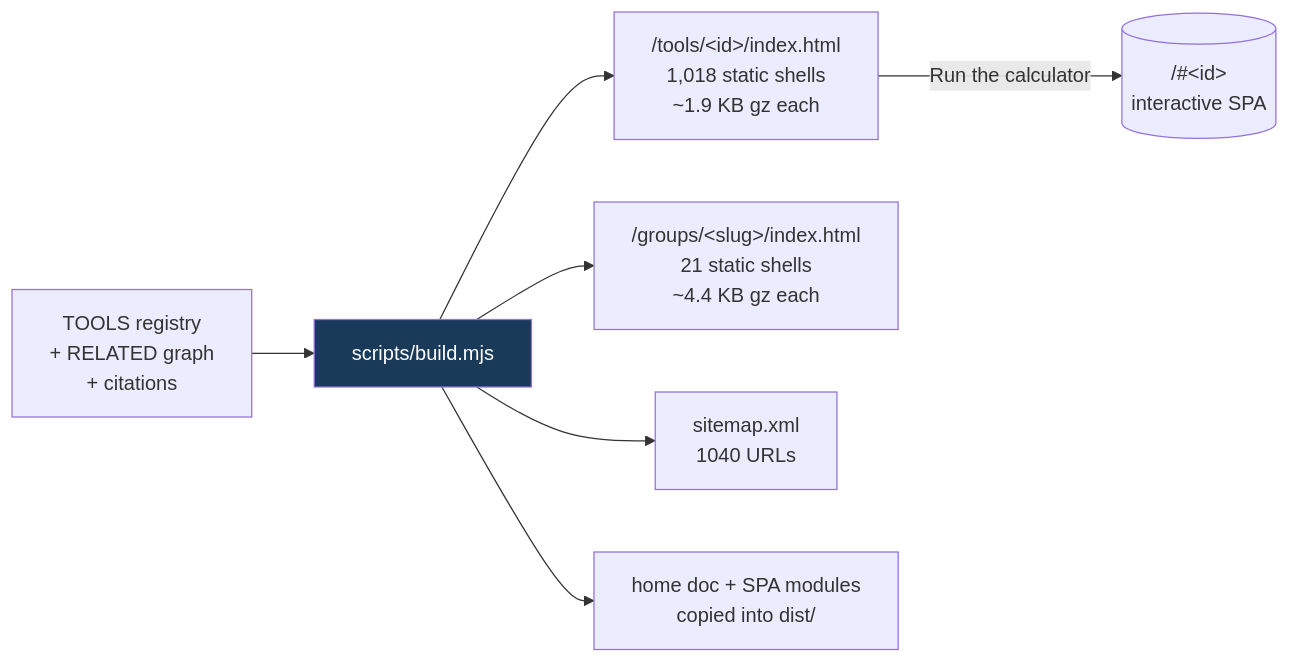
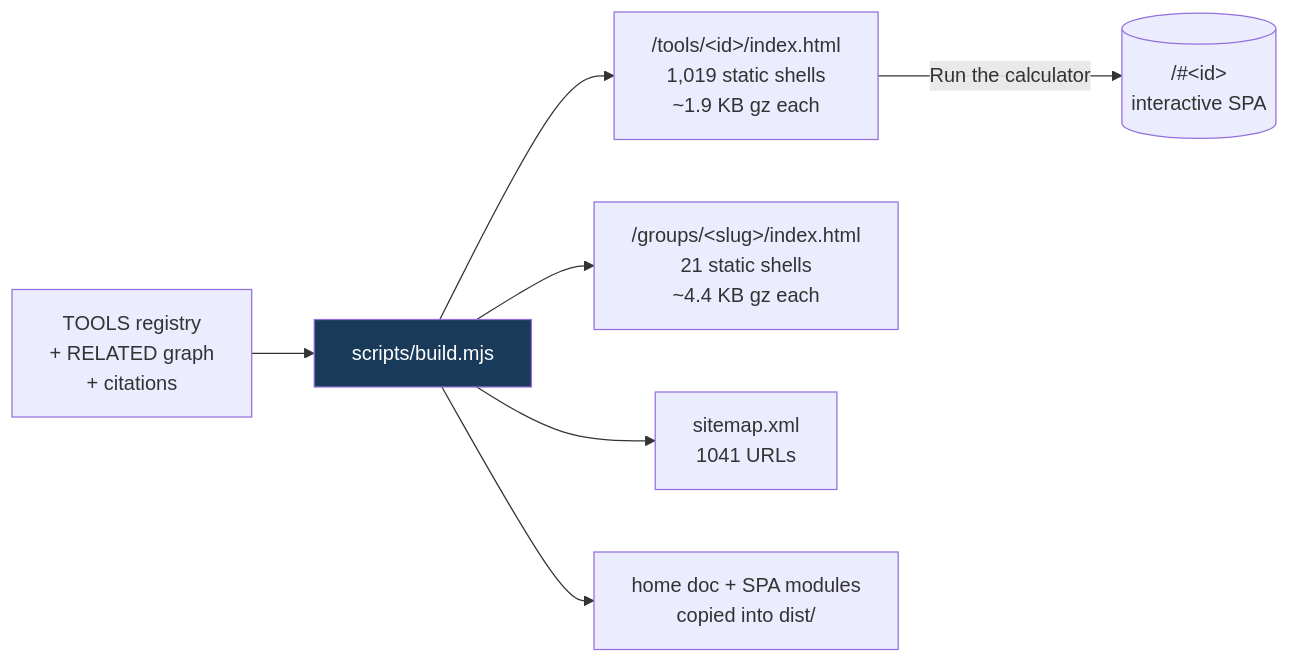
One commit to clay-good/roughlogic.com changed the fifth of 8 diagrams in README.md. Above: the diagram before and after it, drawn with Mermaid. The commit also changed other lines of this file and 14 other files, not shown here.

````diff
--- a/README.md
+++ b/README.md
@@ -495,10 +495,10 @@
 ```mermaid
 flowchart LR
     SRC[TOOLS registry\n+ RELATED graph\n+ citations] --> BUILD[scripts/build.mjs]
-    BUILD --> TILE["/tools/&lt;id&gt;/index.html\n1,018 static shells\n~1.9 KB gz each"]
+    BUILD --> TILE["/tools/&lt;id&gt;/index.html\n1,019 static shells\n~1.9 KB gz each"]
     BUILD --> GROUP["/groups/&lt;slug&gt;/index.html\n21 static shells\n~4.4 KB gz each"]
-    BUILD --> MAP["sitemap.xml\n1040 URLs"]
+    BUILD --> MAP["sitemap.xml\n1041 URLs"]
     BUILD --> COPY[home doc + SPA modules\ncopied into dist/]
     TILE -->|Run the calculator| SPA[("/#&lt;id&gt;\ninteractive SPA")]
     style BUILD fill:#1a3a5a,color:#fff
 ```
````
